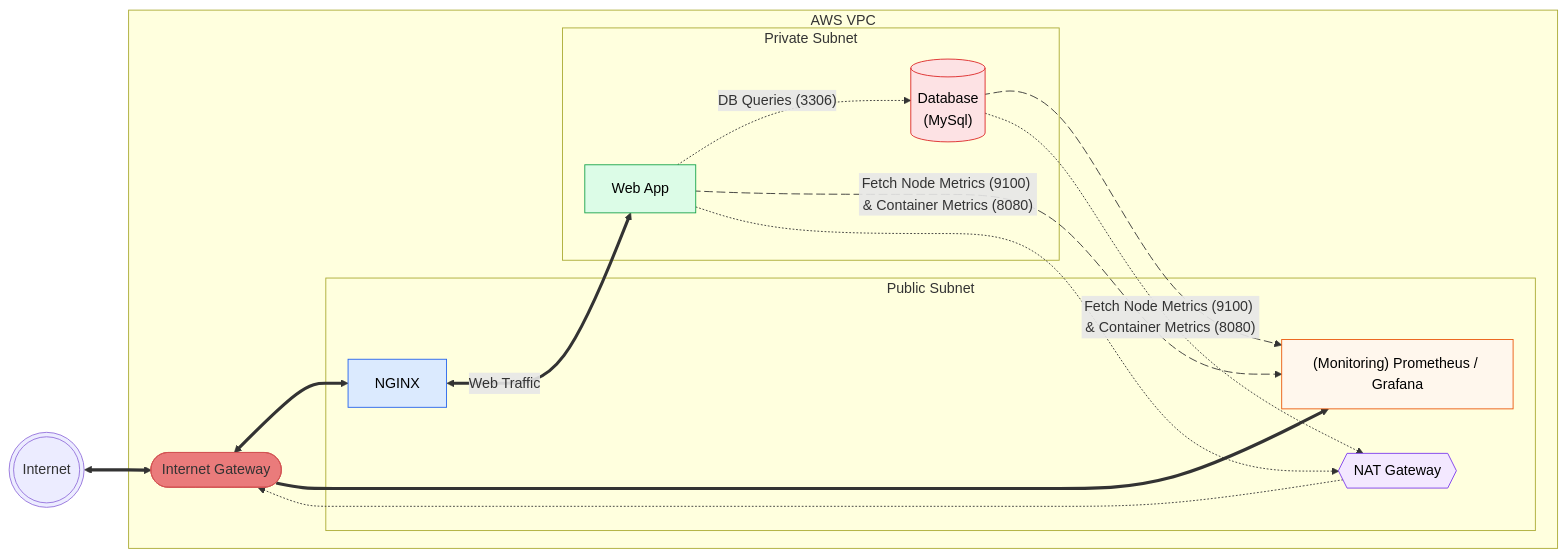
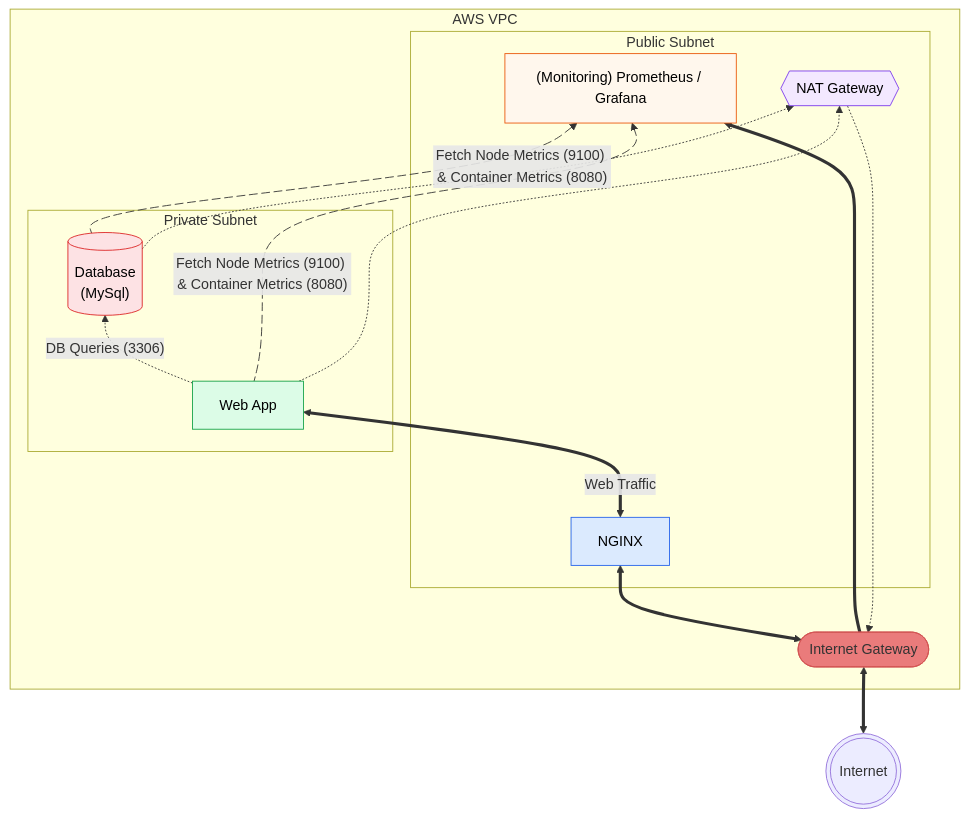
The diagram in README.md (Jazzar101/learning-terraform-3087701), drawn with Mermaid before and after one commit.

Commit message:
changed node layout type

````diff
--- a/README.md
+++ b/README.md
@@ -6,48 +6,48 @@
 ```mermaid
-flowchart LR
+flowchart BT
     Internet(((Internet)))
     subgraph VPC[AWS VPC]
         IGW([Internet Gateway])
         subgraph PublicSubnet[Public Subnet]
             NGINX[NGINX]
             Monitoring["(Monitoring) Prometheus / Grafana"]
             NAT{{NAT Gateway}}
         end
 
         subgraph PrivateSubnet[Private Subnet]
             App[Web App]
             DB[("Database\n(MySql)")]
         end
     end
 
     Internet <==> IGW
     IGW <==> NGINX
     NGINX <==>|Web Traffic| App
     App -.->|"DB Queries (3306)"| DB
     IGW ==> Monitoring
 
     App metricsApp@-->|"Fetch Node Metrics (9100) & Container Metrics (8080)"| Monitoring
     DB metricsDB@-->|"Fetch Node Metrics (9100) & Container Metrics (8080)"| Monitoring
 
     App -.-> NAT
     DB -.-> NAT
     NAT -.-> IGW
     
     metricsApp@{ animation: slow }    
     metricsDB@{ animation: slow }
 
     %% Node-only styling (GitHub safe)
     classDef ingress fill:#dbeafe,stroke:#2563eb,color:#000000
     classDef monitoring fill:#fff7ed,stroke:#ea580c,color:#000000
     classDef nat fill:#f3e8ff,stroke:#7c3aed,color:#000000
     classDef app fill:#dcfce7,stroke:#16a34a,color:#000000
     classDef db fill:#fde2e4,stroke:#dc2626,color:#000000
     classDef igw fill:#EA7B7B,stroke:#D25353,color:#00000
 
     class NGINX ingress
     class Monitoring monitoring
     class NAT nat
     class App app
     class DB db
     class IGW igw
 ```
````
